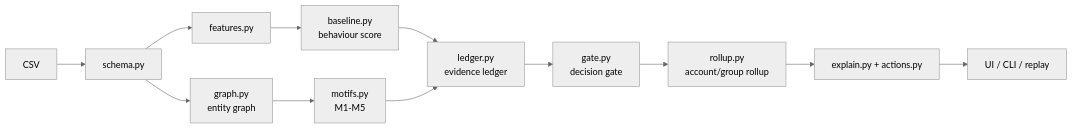
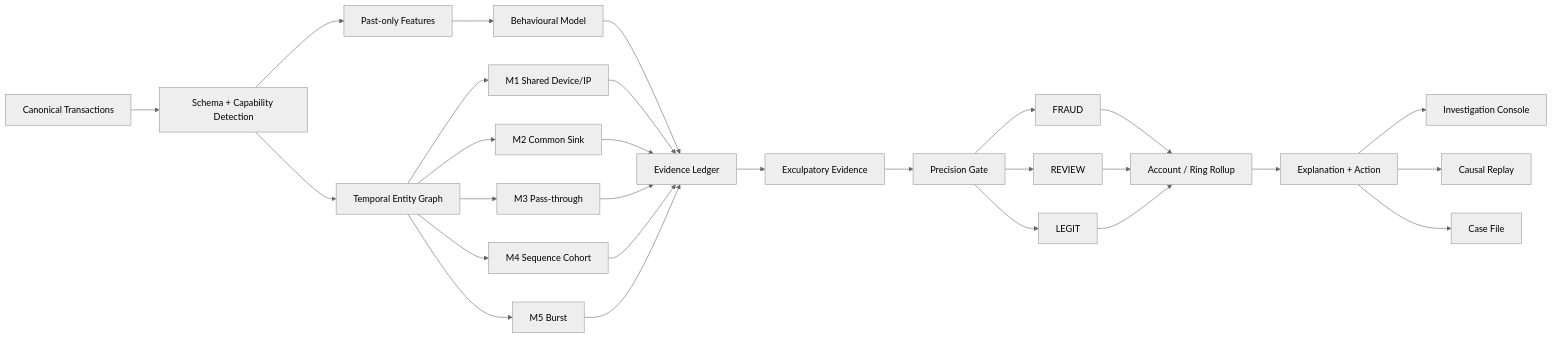
Before and after one commit to dandasaisamith/HEARTificial: the first of 3 diagrams in README.md, drawn with Mermaid (neutral theme). The commit also changed other lines of this file, not shown here.

````diff
--- a/README.md
+++ b/README.md
@@ -119,14 +463,42 @@
 ```mermaid
 flowchart LR
-    CSV --> Schema[schema.py]
-    Schema --> Features[features.py]
-    Features --> Behaviour[baseline.py\nbehaviour score]
-    Schema --> Graph[graph.py\nentity graph]
-    Graph --> Motifs[motifs.py\nM1-M5]
-    Behaviour --> Ledger[ledger.py\nevidence ledger]
-    Motifs --> Ledger
-    Ledger --> Gate[gate.py\ndecision gate]
-    Gate --> Rollup[rollup.py\naccount/group rollup]
-    Rollup --> Explain[explain.py + actions.py]
-    Explain --> Outputs[UI / CLI / replay]
+
+A[Canonical Transactions]
+  --> B[Schema + Capability Detection]
+
+B --> C[Past-only Features]
+
+C --> D[Behavioural Model]
+
+B --> E[Temporal Entity Graph]
+
+E --> F[M1 Shared Device/IP]
+E --> G[M2 Common Sink]
+E --> H[M3 Pass-through]
+E --> I[M4 Sequence Cohort]
+E --> J[M5 Burst]
+
+D --> K[Evidence Ledger]
+F --> K
+G --> K
+H --> K
+I --> K
+J --> K
+
+K --> L[Exculpatory Evidence]
+
+L --> M[Precision Gate]
+
+M --> N[FRAUD]
+M --> O[REVIEW]
+M --> P[LEGIT]
+
+N --> Q[Account / Ring Rollup]
+O --> Q
+P --> Q
+
+Q --> R[Explanation + Action]
+R --> S[Investigation Console]
+R --> T[Causal Replay]
+R --> U[Case File]
 ```
````
